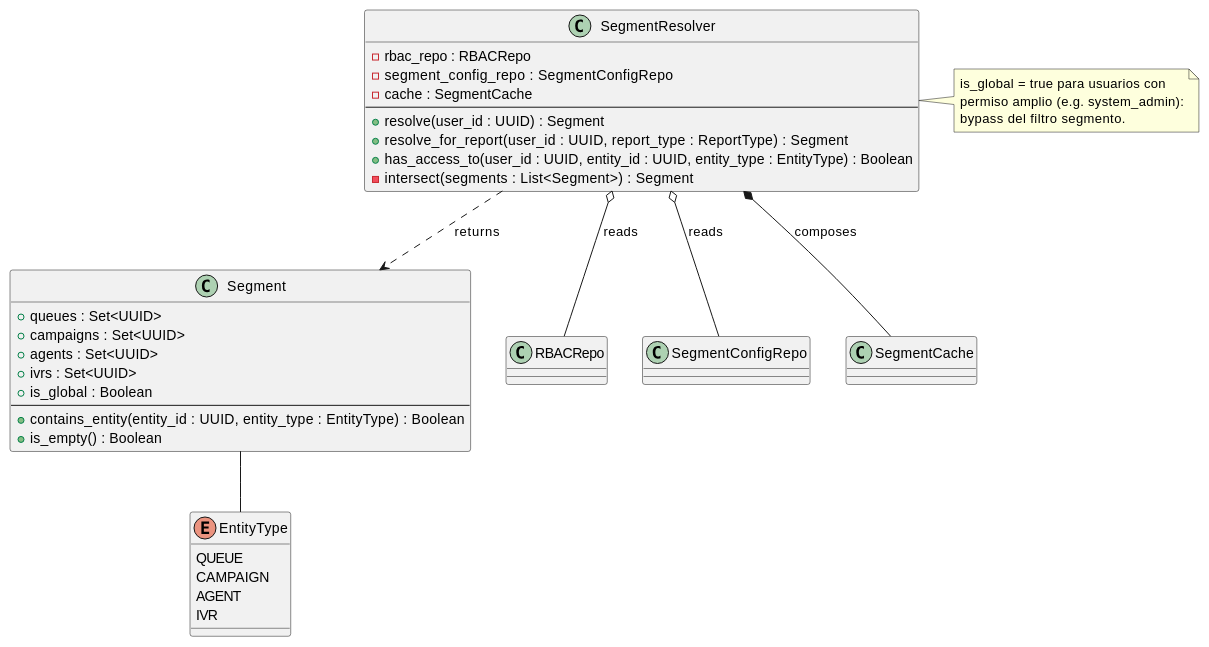
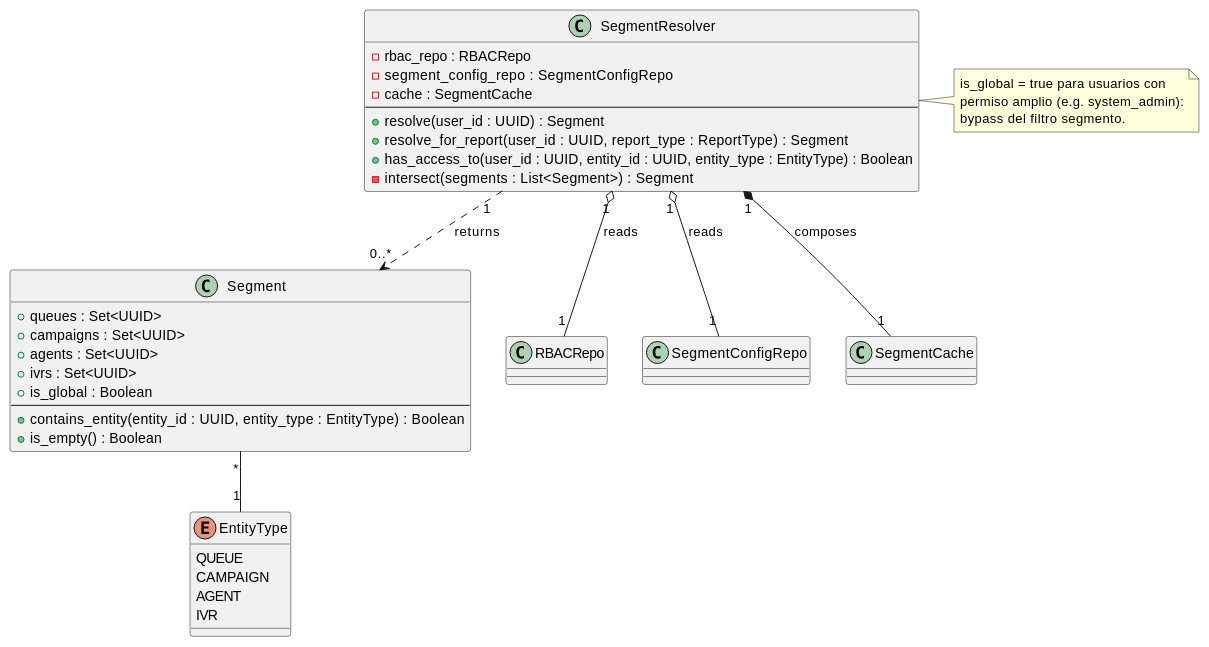
Before and after one commit to jcg-admin/IACT-docs: the diagram in source/arquitectura-tecnica/domain-model/segment-resolver.rst, drawn with PlantUML. The commit also changed 44 other files, not shown here.

First line of the commit message:
Apply UML rigor pass batch 3: sweep multiplicities + checklist

```diff
--- a/source/arquitectura-tecnica/domain-model/segment-resolver.rst
+++ b/source/arquitectura-tecnica/domain-model/segment-resolver.rst
@@ -31,52 +31,52 @@
 .. uml::
  :caption: Clase SegmentResolver — resolución del scope
            de visibilidad por usuario (CNST-008).
 
  @startuml
 
  class SegmentResolver {
    - rbac_repo : RBACRepo
    - segment_config_repo : SegmentConfigRepo
    - cache : SegmentCache
    --
    + resolve(user_id : UUID) : Segment
    + resolve_for_report(user_id : UUID, report_type : ReportType) : Segment
    + has_access_to(user_id : UUID, entity_id : UUID, entity_type : EntityType) : Boolean
    - intersect(segments : List<Segment>) : Segment
  }
 
  class Segment {
    + queues : Set<UUID>
    + campaigns : Set<UUID>
    + agents : Set<UUID>
    + ivrs : Set<UUID>
    + is_global : Boolean
    --
    + contains_entity(entity_id : UUID, entity_type : EntityType) : Boolean
    + is_empty() : Boolean
  }
 
  enum EntityType {
    QUEUE
    CAMPAIGN
    AGENT
    IVR
  }
 
  class RBACRepo
  class SegmentConfigRepo
  class SegmentCache
 
- SegmentResolver o-- RBACRepo : reads
- SegmentResolver o-- SegmentConfigRepo : reads
- SegmentResolver *-- SegmentCache : composes
- SegmentResolver ..> Segment : returns
- Segment -- EntityType
+ SegmentResolver "1" o-- "1" RBACRepo : reads
+ SegmentResolver "1" o-- "1" SegmentConfigRepo : reads
+ SegmentResolver "1" *-- "1" SegmentCache : composes
+ SegmentResolver "1" ..> "0..*" Segment : returns
+ Segment "*" -- "1" EntityType
 
  note right of SegmentResolver
    is_global = true para usuarios con
    permiso amplio (e.g. system_admin):
    bypass del filtro segmento.
  end note
 
  @enduml
```
